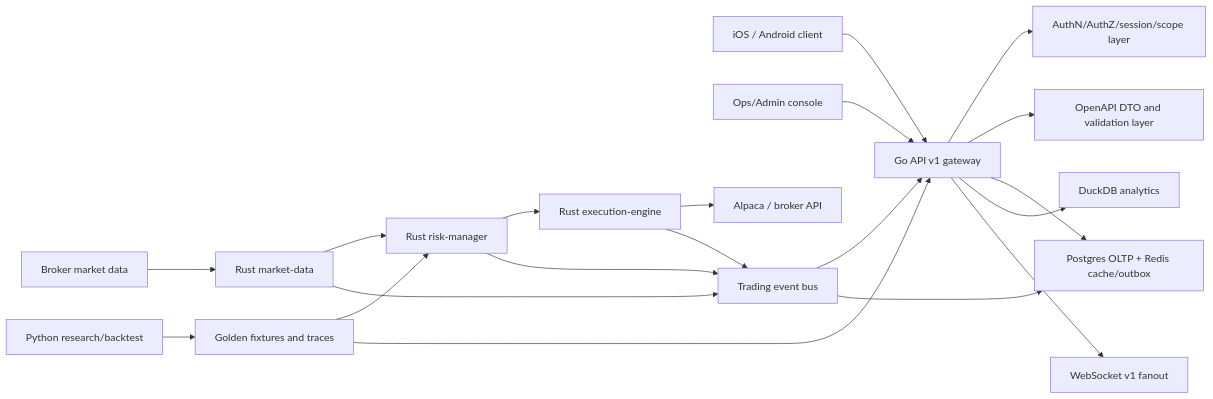
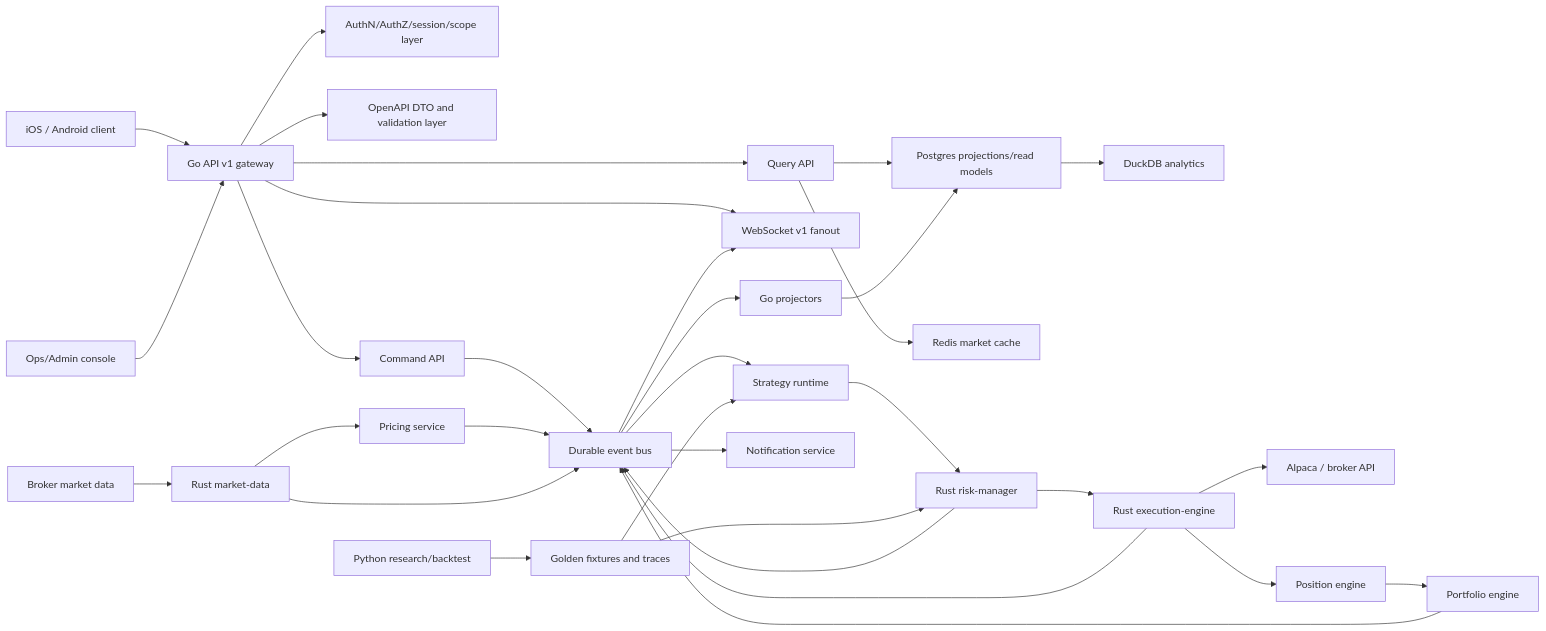
Before and after one commit to namhoangdev31/RustAlgorithmTrading: the diagram in ops/TRADING_OBSERVABILITY_PRODUCTION_PLAN.md, drawn with Mermaid. The commit also changed other lines of this file, not shown here.

Commit message:
feat: formalize CQRS architecture and add production-grade observability components to the trading system plan

````diff
--- a/ops/TRADING_OBSERVABILITY_PRODUCTION_PLAN.md
+++ b/ops/TRADING_OBSERVABILITY_PRODUCTION_PLAN.md
@@ -256,26 +256,41 @@
 ```mermaid
 flowchart LR
     Mobile["iOS / Android client"] --> BFF["Go API v1 gateway"]
     Admin["Ops/Admin console"] --> BFF
 
     BFF --> Auth["AuthN/AuthZ/session/scope layer"]
     BFF --> Contract["OpenAPI DTO and validation layer"]
-    BFF --> Store["Postgres OLTP + Redis cache/outbox"]
-    BFF --> Analytics["DuckDB analytics"]
+    BFF --> CommandAPI["Command API"]
+    BFF --> QueryAPI["Query API"]
     BFF --> WS["WebSocket v1 fanout"]
 
+    CommandAPI --> EventBus["Durable event bus"]
+    QueryAPI --> ReadModels["Postgres projections/read models"]
+    QueryAPI --> MarketCache["Redis market cache"]
+    ReadModels --> Analytics["DuckDB analytics"]
+
     Market["Broker market data"] --> RustMarket["Rust market-data"]
-    RustMarket --> RustRisk["Rust risk-manager"]
+    RustMarket --> Pricing["Pricing service"]
+    Pricing --> EventBus
+
+    EventBus --> StrategyRuntime["Strategy runtime"]
+    StrategyRuntime --> RustRisk["Rust risk-manager"]
     RustRisk --> RustExec["Rust execution-engine"]
     RustExec --> Broker["Alpaca / broker API"]
 
-    RustMarket --> EventBus["Trading event bus"]
+    RustMarket --> EventBus
     RustRisk --> EventBus
     RustExec --> EventBus
-    EventBus --> BFF
-    EventBus --> Store
+    RustExec --> PositionEngine["Position engine"]
+    PositionEngine --> PortfolioEngine["Portfolio engine"]
+    PortfolioEngine --> EventBus
+
+    EventBus --> Projectors["Go projectors"]
+    Projectors --> ReadModels
+    EventBus --> WS
+    EventBus --> Notifications["Notification service"]
 
     Python["Python research/backtest"] --> Fixtures["Golden fixtures and traces"]
     Fixtures --> RustRisk
-    Fixtures --> BFF
+    Fixtures --> StrategyRuntime
 ```
````
